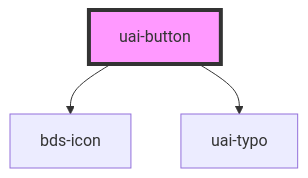
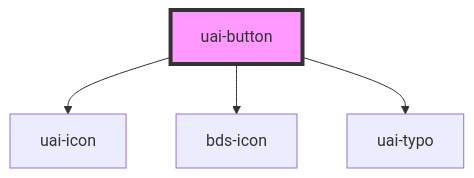
Before and after one commit to takenet/blip-ds: the diagram in src/components/uai-button/readme.md, drawn with Mermaid. The commit also changed other lines of this file and 12 other files, not shown here.

First line of the commit message:
feat(uai-icon): add uai-icon and use it in uai-button

````diff
--- a/src/components/uai-button/readme.md
+++ b/src/components/uai-button/readme.md
@@ -155,6 +156,7 @@
 ```mermaid
 graph TD;
+  uai-button --> uai-icon
   uai-button --> bds-icon
   uai-button --> uai-typo
   style uai-button fill:#f9f,stroke:#333,stroke-width:4px
 ```
````
